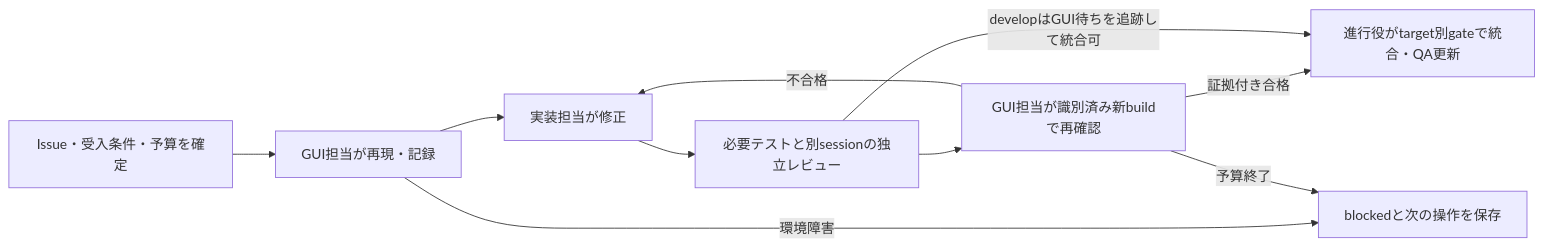
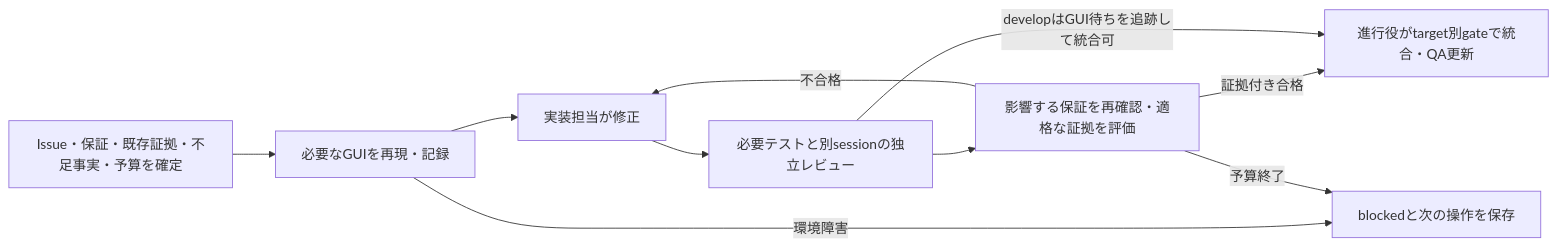
Before and after one commit to shinma06/cursor-in-android-studio: the diagram in docs/loop-engineering/README.md, drawn with Mermaid. The commit also changed other lines of this file and 7 other files, not shown here.

````diff
--- a/docs/loop-engineering/README.md
+++ b/docs/loop-engineering/README.md
@@ -13,12 +13,12 @@
 ```mermaid
 flowchart LR
-  A[Issue・受入条件・予算を確定] --> B[GUI担当が再現・記録]
+  A[Issue・保証・既存証拠・不足事実・予算を確定] --> B[必要なGUIを再現・記録]
   B --> C[実装担当が修正]
   C --> D[必要テストと別sessionの独立レビュー]
-  D --> E[GUI担当が識別済み新buildで再確認]
+  D --> E[影響する保証を再確認・適格な証拠を評価]
   E -->|不合格| C
   E -->|証拠付き合格| F[進行役がtarget別gateで統合・QA更新]
   B -->|環境障害| G[blockedと次の操作を保存]
   E -->|予算終了| G
   D -->|developはGUI待ちを追跡して統合可| F
 ```
````
